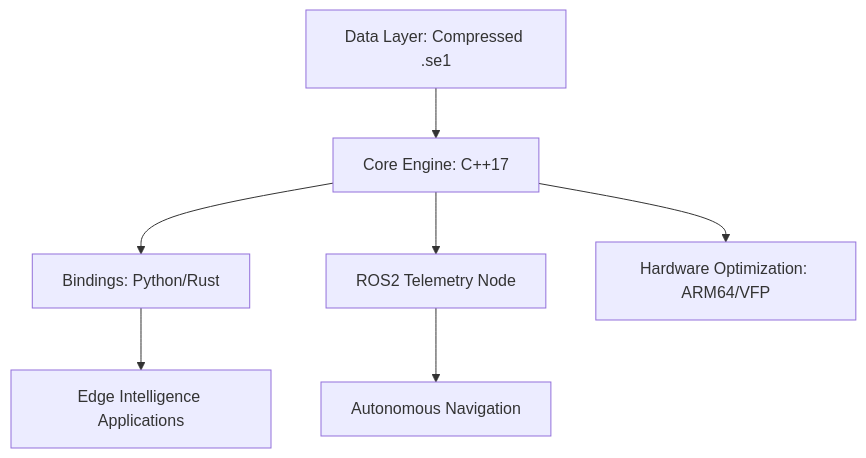
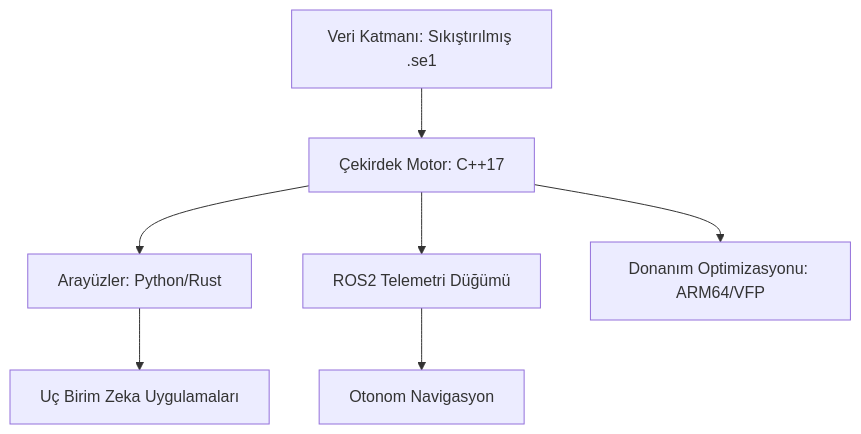
The diagram in README.md (arch-yunus/OrbitalEdge), drawn with Mermaid before and after one commit. The commit also changed other lines of this file and 11 other files, not shown here.

````diff
--- a/README.md
+++ b/README.md
@@ -21,9 +21,9 @@
 ```mermaid
 graph TD
-    A[Data Layer: Compressed .se1] --> B[Core Engine: C++17]
-    B --> C[Bindings: Python/Rust]
-    B --> D[ROS2 Telemetry Node]
-    C --> E[Edge Intelligence Applications]
-    D --> F[Autonomous Navigation]
-    B --> G[Hardware Optimization: ARM64/VFP]
+    A[Veri Katmanı: Sıkıştırılmış .se1] --> B[Çekirdek Motor: C++17]
+    B --> C[Arayüzler: Python/Rust]
+    B --> D[ROS2 Telemetri Düğümü]
+    C --> E[Uç Birim Zeka Uygulamaları]
+    D --> F[Otonom Navigasyon]
+    B --> G[Donanım Optimizasyonu: ARM64/VFP]
 ```
````
